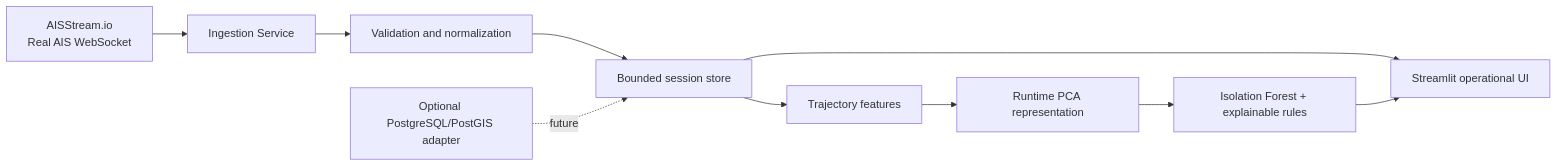
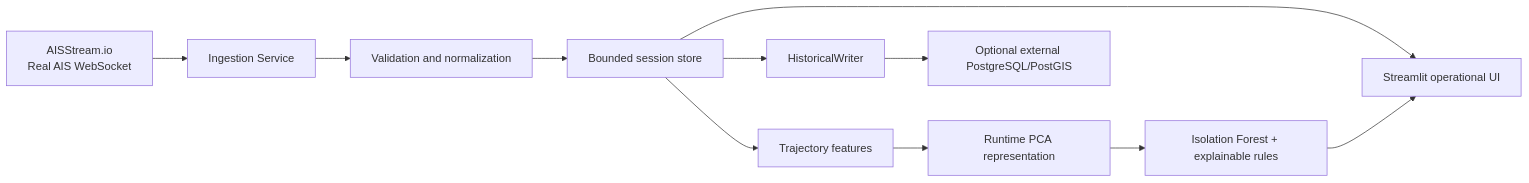
One commit to edu-moraess/maritime-intelligence-engine changed the first of 2 diagrams in README.md. Above: the diagram before and after it, drawn with Mermaid. The commit also changed other lines of this file and 14 other files, not shown here.

Commit message:
feat: add optional historical AIS persistence

````diff
--- a/README.md
+++ b/README.md
@@ -15,12 +15,13 @@
 ```mermaid
 flowchart LR
     A[AISStream.io<br/>Real AIS WebSocket] --> B[Ingestion Service]
     B --> C[Validation and normalization]
     C --> D[Bounded session store]
     D --> E[Trajectory features]
     E --> F[Runtime PCA representation]
     F --> G[Isolation Forest + explainable rules]
     D --> H[Streamlit operational UI]
     G --> H
-    I[Optional PostgreSQL/PostGIS adapter] -. future .-> D
+    D --> I[HistoricalWriter]
+    I --> J[Optional external PostgreSQL/PostGIS]
 ```
````
